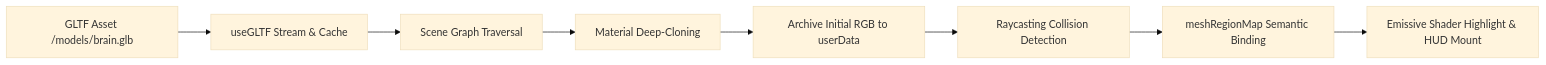
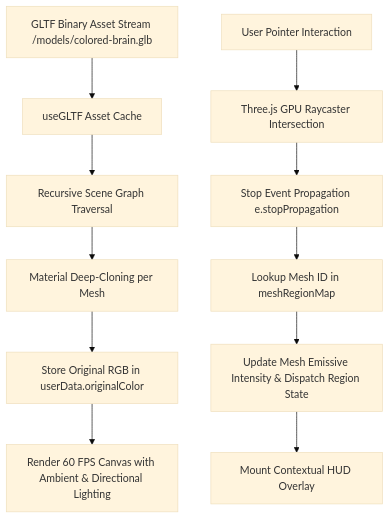
One commit to imMohammedSahil/Brainiac changed the fourth of 7 diagrams in README.md. Above: the diagram before and after it, drawn with Mermaid (base theme). The commit also changed other lines of this file and 39 other files, not shown here.

````diff
--- a/README.md
+++ b/README.md
@@ -136,10 +225,14 @@
 ```mermaid
-flowchart LR
-    A[GLTF Asset /models/brain.glb] --> B[useGLTF Stream & Cache]
-    B --> C[Scene Graph Traversal]
-    C --> D[Material Deep-Cloning]
-    D --> E[Archive Initial RGB to userData]
-    E --> F[Raycasting Collision Detection]
-    F --> G[meshRegionMap Semantic Binding]
-    G --> H[Emissive Shader Highlight & HUD Mount]
+flowchart TD
+    A[GLTF Binary Asset Stream /models/colored-brain.glb] --> B[useGLTF Asset Cache]
+    B --> C[Recursive Scene Graph Traversal]
+    C --> D[Material Deep-Cloning per Mesh]
+    D --> E[Store Original RGB in userData.originalColor]
+    E --> F[Render 60 FPS Canvas with Ambient & Directional Lighting]
+    
+    G[User Pointer Interaction] --> H[Three.js GPU Raycaster Intersection]
+    H --> I[Stop Event Propagation e.stopPropagation]
+    I --> J[Lookup Mesh ID in meshRegionMap]
+    J --> K[Update Mesh Emissive Intensity & Dispatch Region State]
+    K --> L[Mount Contextual HUD Overlay]
 ```
````
